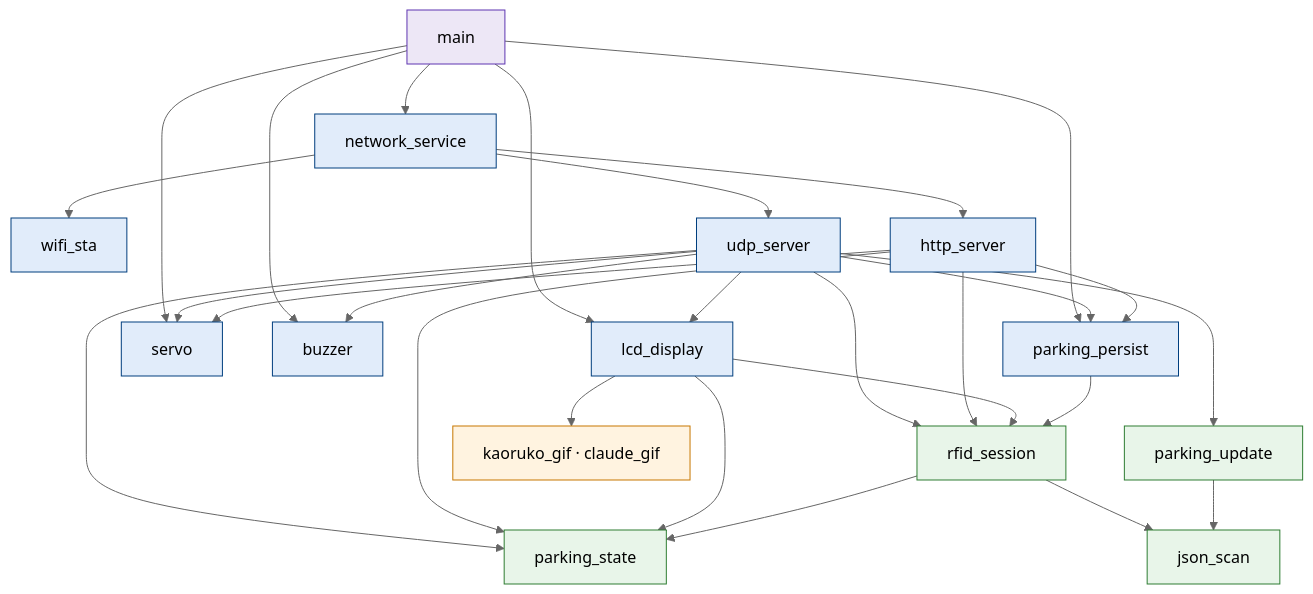
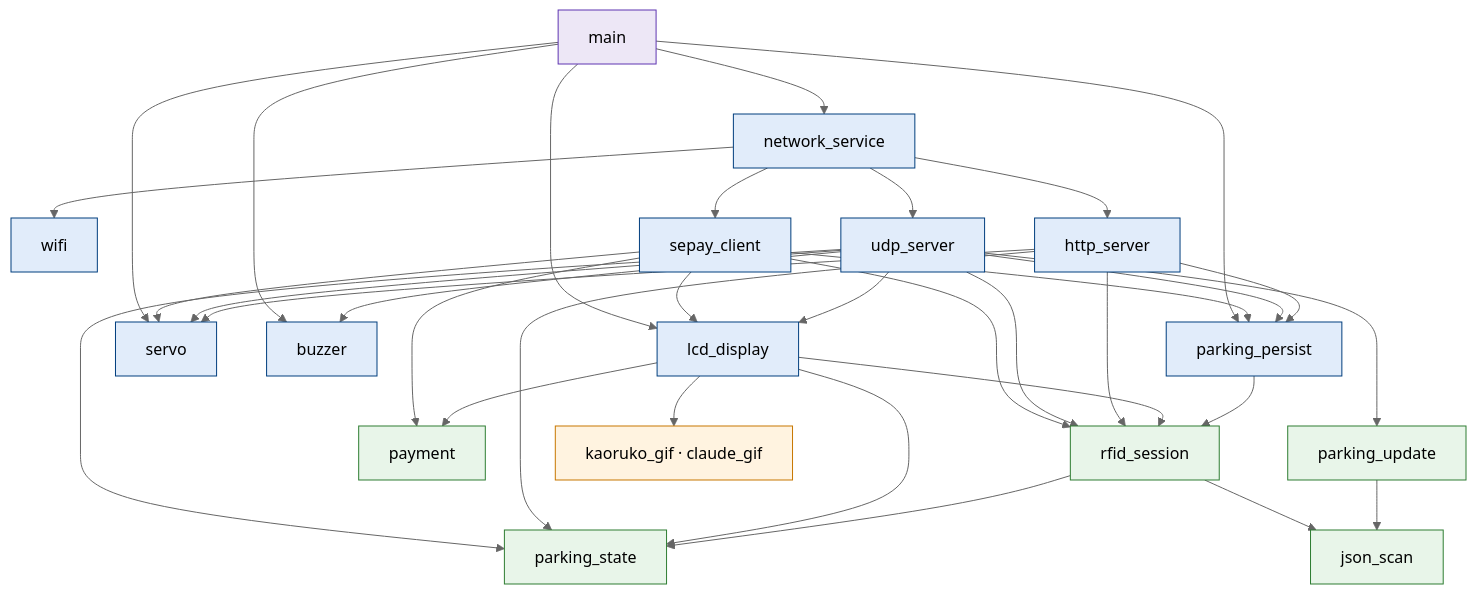
The diagram in report/diagrams/deps.mmd (thinhdinh25/INT3108_embedded-Smart-Parking-Project), drawn with Mermaid (neutral theme) before and after one commit. The commit also changed 54 other files, not shown here.

First line of the commit message:
Add VietQR payment via SePay; all boards join one shared Wi-Fi

```diff
--- a/report/diagrams/deps.mmd
+++ b/report/diagrams/deps.mmd
@@ -1,15 +1,16 @@
 flowchart TB
   main --> net[network_service] & lcd[lcd_display] & servo & buzzer & pp[parking_persist]
-  net --> wifi[wifi_sta] & udp[udp_server] & http[http_server]
+  net --> wifi[wifi] & udp[udp_server] & http[http_server] & sp[sepay_client]
+  sp --> servo & lcd & pp & rs & pay[payment]
   udp --> lcd & servo & buzzer & pp
   udp --> ps[parking_state] & pu[parking_update] & rs[rfid_session]
   http --> servo & ps & rs & pp
-  lcd --> ps & rs & gif[kaoruko_gif · claude_gif]
+  lcd --> ps & rs & pay & gif[kaoruko_gif · claude_gif]
   pp --> rs
   rs --> ps & js[json_scan]
   pu --> js
   classDef app fill:#EDE7F6,stroke:#5E35B1;
   classDef svc fill:#E1ECFA,stroke:#003E7E;
   classDef dom fill:#E8F5E9,stroke:#2E7D32;
   classDef data fill:#FFF3E0,stroke:#C77700;
-  class main app; class net,wifi,udp,http,lcd,servo,buzzer,pp svc; class ps,pu,rs,js dom; class gif data;
+  class main app; class net,wifi,udp,http,sp,lcd,servo,buzzer,pp svc; class ps,pu,rs,js,pay dom; class gif data;
```
